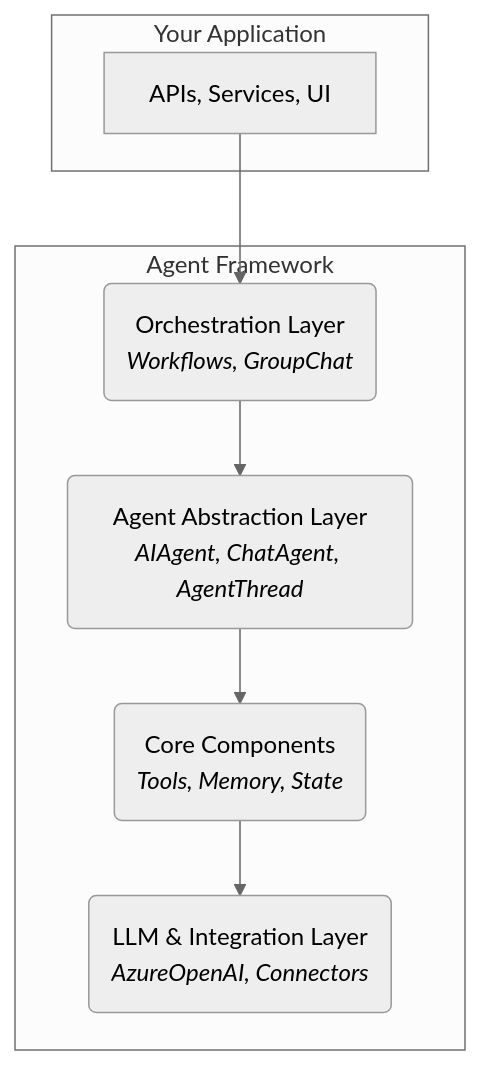
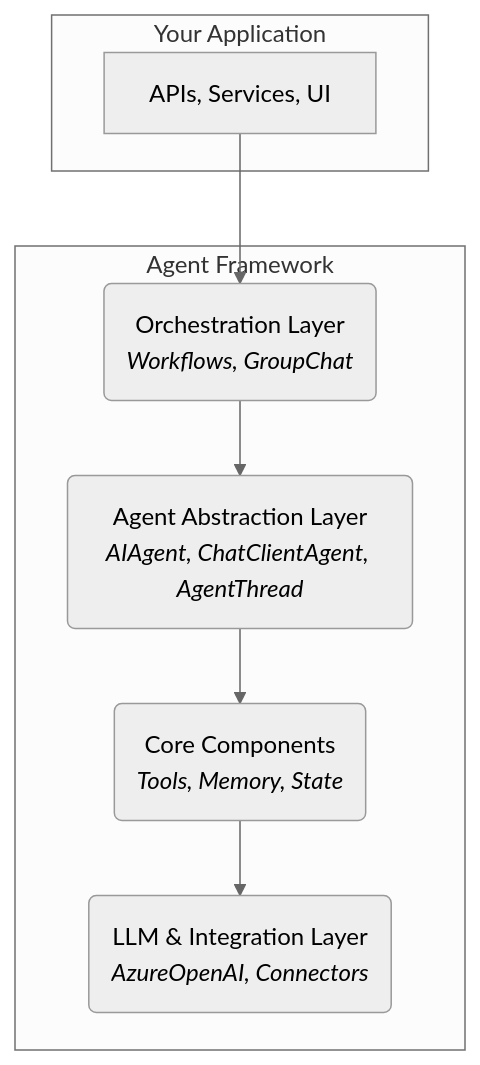
The first of 10 diagrams in src/content/docs/microsoft-agent-framework-guide/dotnet/microsoft_agent_framework_dotnet_diagrams.md (CodeHalwell/AgentGuides), drawn with Mermaid (neutral theme) before and after one commit. The commit also changed other lines of this file and 26 other files, not shown here.

````diff
--- a/src/content/docs/microsoft-agent-framework-guide/dotnet/microsoft_agent_framework_dotnet_diagrams.md
+++ b/src/content/docs/microsoft-agent-framework-guide/dotnet/microsoft_agent_framework_dotnet_diagrams.md
@@ -20,18 +20,18 @@
 ```mermaid
 graph TD
     subgraph Your Application
         A[APIs, Services, UI]
     end
 
     subgraph Agent Framework
         B(Orchestration Layer<br/><i>Workflows, GroupChat</i>)
-        C(Agent Abstraction Layer<br/><i>AIAgent, ChatAgent, AgentThread</i>)
+        C(Agent Abstraction Layer<br/><i>AIAgent, ChatClientAgent, AgentThread</i>)
         D(Core Components<br/><i>Tools, Memory, State</i>)
         E(LLM & Integration Layer<br/><i>AzureOpenAI, Connectors</i>)
     end
 
     A --> B
     B --> C
     C --> D
     D --> E
 ```
````
